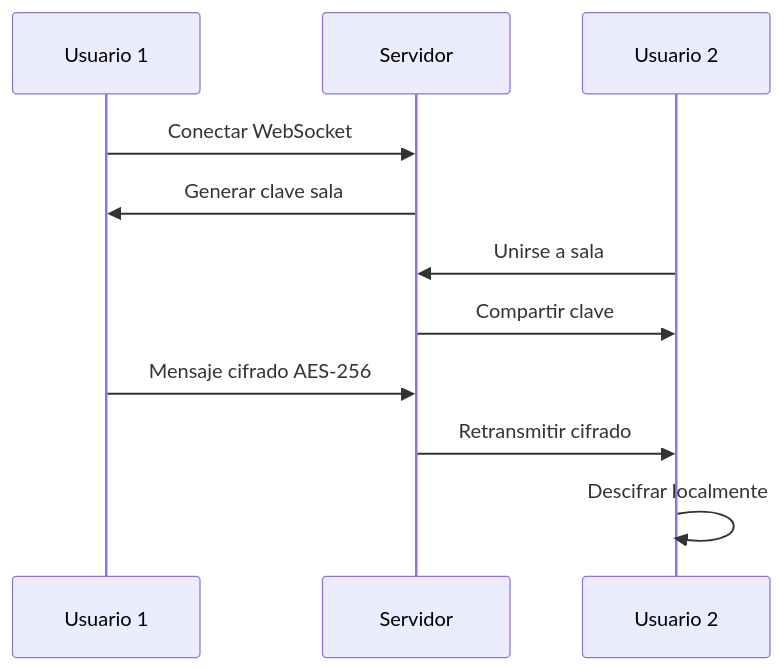
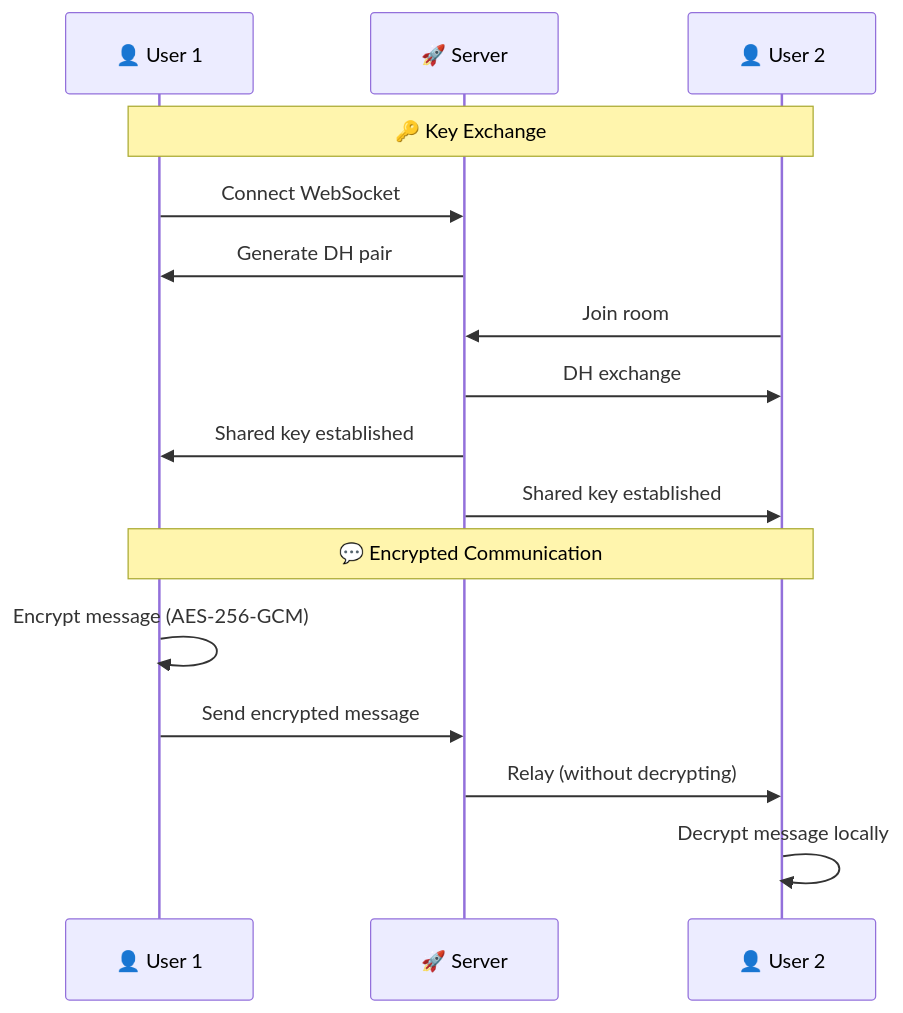
One commit to h3n-x/chat-anonimo changed the second of 2 diagrams in README.md. Above: the diagram before and after it, drawn with Mermaid. The commit also changed other lines of this file, not shown here.

````diff
--- a/README.md
+++ b/README.md
@@ -190,14 +256,20 @@
 ```mermaid
 sequenceDiagram
-    participant U1 as Usuario 1
-    participant S as Servidor
-    participant U2 as Usuario 2
+    participant U1 as 👤 User 1
+    participant S as 🚀 Server
+    participant U2 as 👤 User 2
     
-    U1->>S: Conectar WebSocket
-    S->>U1: Generar clave sala
-    U2->>S: Unirse a sala
-    S->>U2: Compartir clave
-    U1->>S: Mensaje cifrado AES-256
-    S->>U2: Retransmitir cifrado
-    U2->>U2: Descifrar localmente
+    Note over U1,U2: 🔑 Key Exchange
+    U1->>S: Connect WebSocket
+    S->>U1: Generate DH pair
+    U2->>S: Join room
+    S->>U2: DH exchange
+    S->>U1: Shared key established
+    S->>U2: Shared key established
+    
+    Note over U1,U2: 💬 Encrypted Communication
+    U1->>U1: Encrypt message (AES-256-GCM)
+    U1->>S: Send encrypted message
+    S->>U2: Relay (without decrypting)
+    U2->>U2: Decrypt message locally
 ```
````
